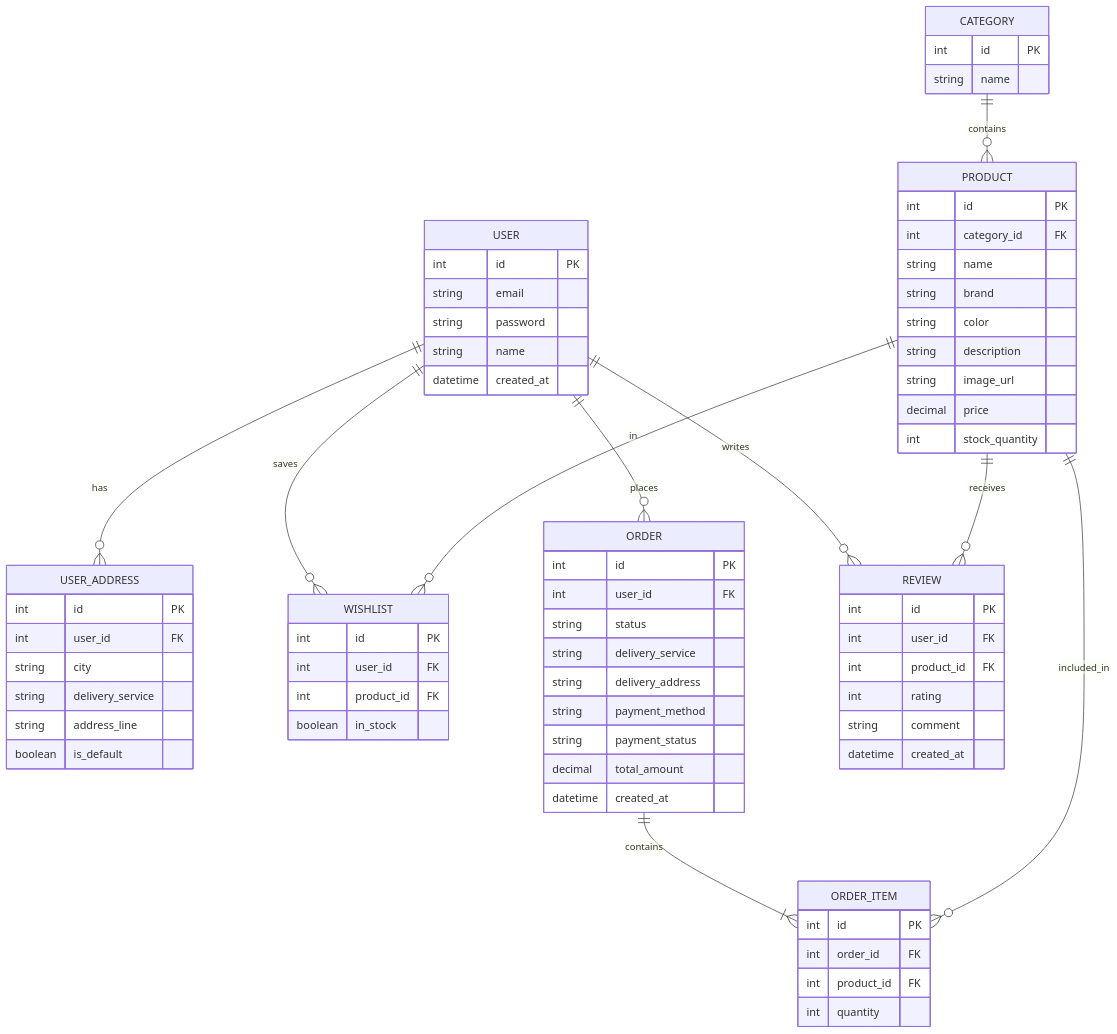
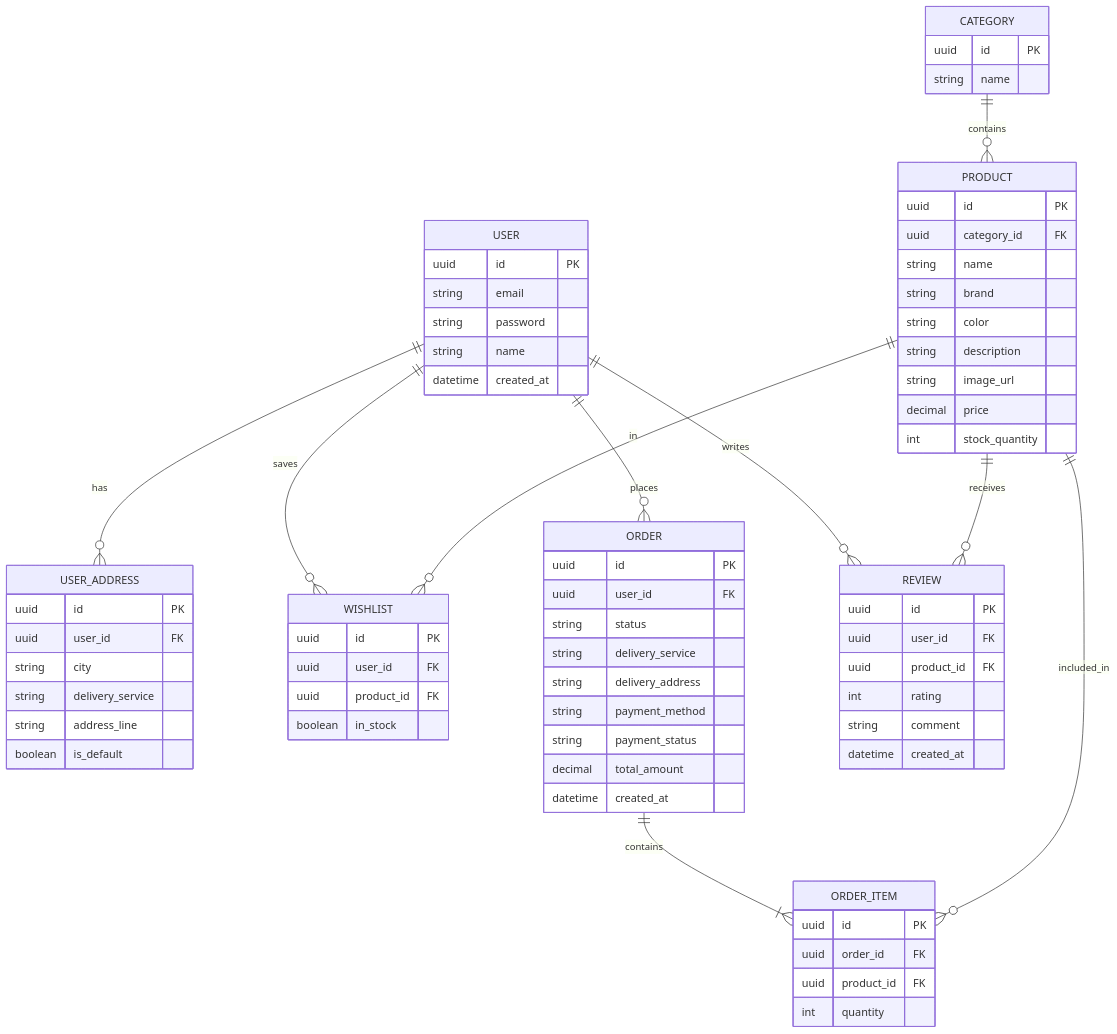
The diagram in diagram.mmd (Ro-sya/KPI), drawn with Mermaid before and after one commit. The commit also changed 1 other file, not shown here.

Commit message:
change spec and diagram (ID use type UUID v4)

```diff
--- a/diagram.mmd
+++ b/diagram.mmd
@@ -1,79 +1,79 @@
 erDiagram
     USER {
-        int id PK
+        uuid id PK
         string email
         string password
         string name
         datetime created_at
     }
 
     USER_ADDRESS {
-        int id PK
-        int user_id FK
+        uuid id PK
+        uuid user_id FK
         string city
         string delivery_service
         string address_line
         boolean is_default
     }
 
     PRODUCT {
-        int id PK
-        int category_id FK
+        uuid id PK
+        uuid category_id FK
         string name
         string brand
         string color
         string description
         string image_url
         decimal price
         int stock_quantity
     }
 
     CATEGORY {
-        int id PK
+        uuid id PK
         string name
     }
 
     WISHLIST {
-        int id PK
-        int user_id FK
-        int product_id FK
+        uuid id PK
+        uuid user_id FK
+        uuid product_id FK
         boolean in_stock
     }
 
     ORDER {
-        int id PK
-        int user_id FK
+        uuid id PK
+        uuid user_id FK
         string status
         string delivery_service
         string delivery_address
         string payment_method
         string payment_status
         decimal total_amount
         datetime created_at
     }
 
     ORDER_ITEM {
-        int id PK
-        int order_id FK
-        int product_id FK
+        uuid id PK
+        uuid order_id FK
+        uuid product_id FK
         int quantity
     }
 
     REVIEW {
-        int id PK
-        int user_id FK
-        int product_id FK
+        uuid id PK
+        uuid user_id FK
+        uuid product_id FK
         int rating
         string comment
         datetime created_at
     }
 
     USER ||--o{ USER_ADDRESS : "has"
     USER ||--o{ ORDER : "places"
     USER ||--o{ REVIEW : "writes"
     USER ||--o{ WISHLIST : "saves"
     PRODUCT ||--o{ WISHLIST : "in"
     CATEGORY ||--o{ PRODUCT : "contains"
     PRODUCT ||--o{ REVIEW : "receives"
     ORDER ||--|{ ORDER_ITEM : "contains"
     PRODUCT ||--o{ ORDER_ITEM : "included_in"
```
